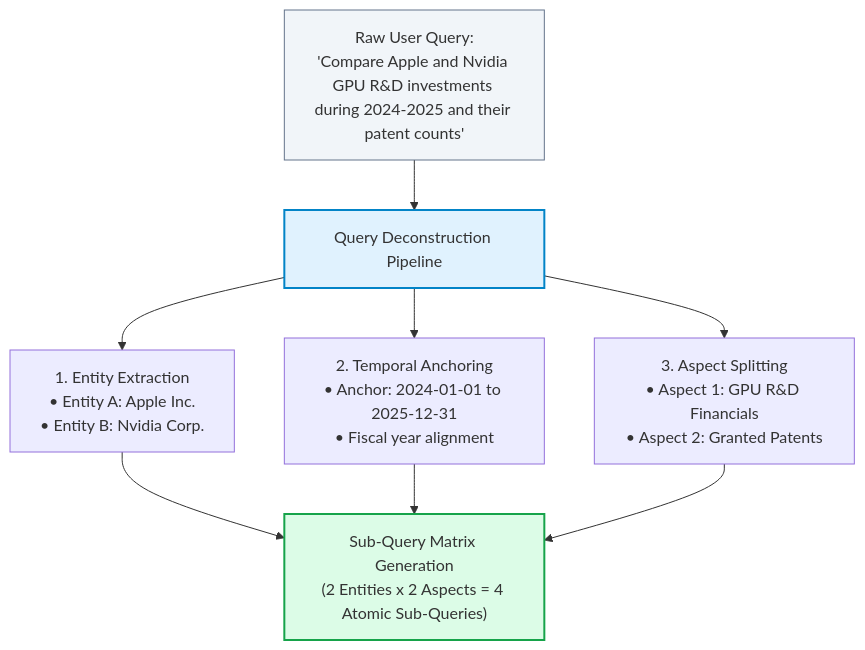
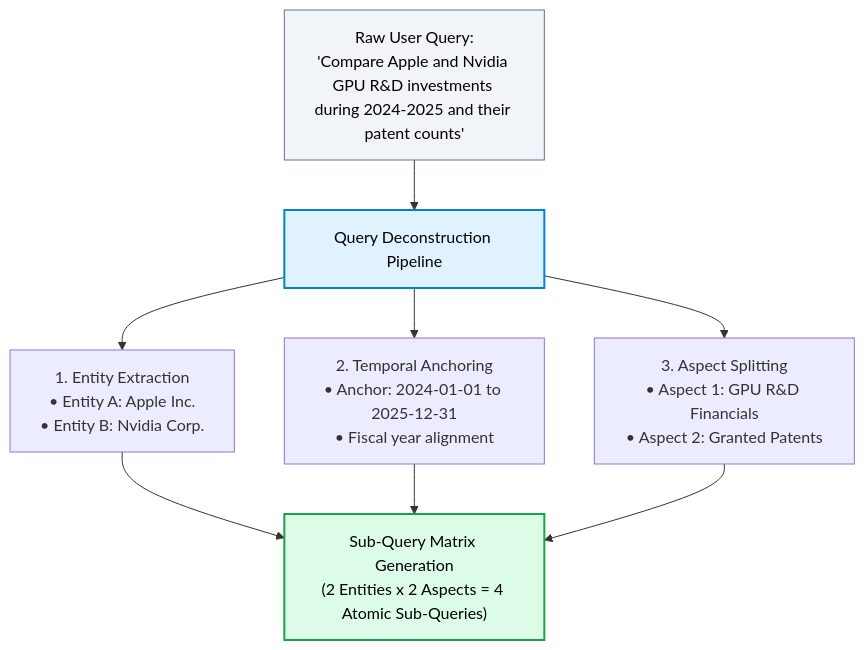
One commit to swapnil3104/RAG-Engineering changed the third of 5 diagrams in 07-Agentic-RAG/Query-Planning.md. Above: the diagram before and after it, drawn with Mermaid. The commit also changed other lines of this file and 108 other files, not shown here.

Commit message:
fix: make chart text visible across all Mermaid diagrams and resolve markdown table formatting issues

````diff
--- a/07-Agentic-RAG/Query-Planning.md
+++ b/07-Agentic-RAG/Query-Planning.md
@@ -153,18 +153,18 @@
 ```mermaid
 graph TD
     RawQuery["Raw User Query:<br/>'Compare Apple and Nvidia GPU R&D investments during 2024-2025 and their patent counts'"]
     
     RawQuery --> Pipeline["Query Deconstruction Pipeline"]
     
     Pipeline --> Dim1["1. Entity Extraction<br/>• Entity A: Apple Inc.<br/>• Entity B: Nvidia Corp."]
     Pipeline --> Dim2["2. Temporal Anchoring<br/>• Anchor: 2024-01-01 to 2025-12-31<br/>• Fiscal year alignment"]
     Pipeline --> Dim3["3. Aspect Splitting<br/>• Aspect 1: GPU R&D Financials<br/>• Aspect 2: Granted Patents"]
     
     Dim1 --> Matrix["Sub-Query Matrix Generation<br/>(2 Entities x 2 Aspects = 4 Atomic Sub-Queries)"]
     Dim2 --> Matrix
     Dim3 --> Matrix
 
-    style RawQuery fill:#f1f5f9,stroke:#64748b,stroke-width:1px
-    style Pipeline fill:#e0f2fe,stroke:#0284c7,stroke-width:2px
-    style Matrix fill:#dcfce7,stroke:#16a34a,stroke-width:2px
+    style RawQuery fill:#f1f5f9,stroke:#64748b,stroke-width:1px,color:#000000
+    style Pipeline fill:#e0f2fe,stroke:#0284c7,stroke-width:2px,color:#000000
+    style Matrix fill:#dcfce7,stroke:#16a34a,stroke-width:2px,color:#000000
 ```
````
